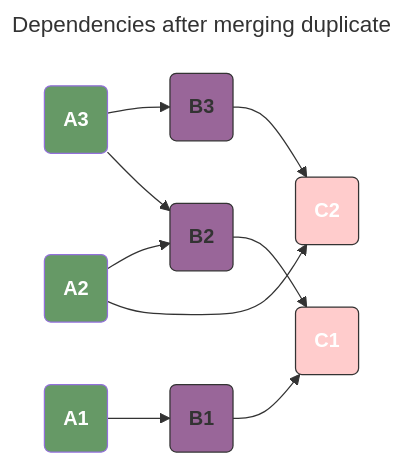
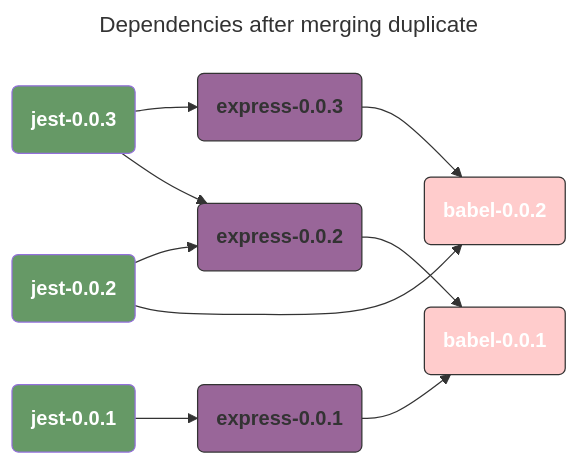
One commit to 0x822a5b87/tiny-package-manager changed the third of 3 diagrams in README.md. Above: the diagram before and after it, drawn with Mermaid. The commit also changed other lines of this file, not shown here.

Commit message:
[master][update]update figure

````diff
--- a/README.md
+++ b/README.md
@@ -111,34 +126,34 @@
 ```mermaid
 ---
 title: Dependencies after merging duplicate
 ---
 flowchart LR
 
-A3("A3"):::green
-A2("A2"):::green
-A1("A1"):::green
+A3("jest-0.0.3"):::green
+A2("jest-0.0.2"):::green
+A1("jest-0.0.1"):::green
 
-B3("B3"):::purple
-B2("B2"):::purple
-B1("B1"):::purple
+B3("express-0.0.3"):::purple
+B2("express-0.0.2"):::purple
+B1("express-0.0.1"):::purple
 
-C2("C2"):::pink
-C1("C1"):::pink
+C2("babel-0.0.2"):::pink
+C1("babel-0.0.1"):::pink
 
 A3 --> B3
 A3 --> B2
 
 A2 --> B2
 A2 --> C2
 
 A1 --> B1
 
 B3 --> C2
 B2 --> C1
 B1 --> C1
 
 classDef pink 1,fill:#FFCCCC,stroke:#333, color: #fff, font-weight:bold;
 classDef green fill: #696,color: #fff,font-weight: bold;
 classDef purple fill:#969,stroke:#333, font-weight: bold;
 classDef error fill:#bbf,stroke:#f66,stroke-width:2px,color:#fff,stroke-dasharray: 5 5
 ```
````
